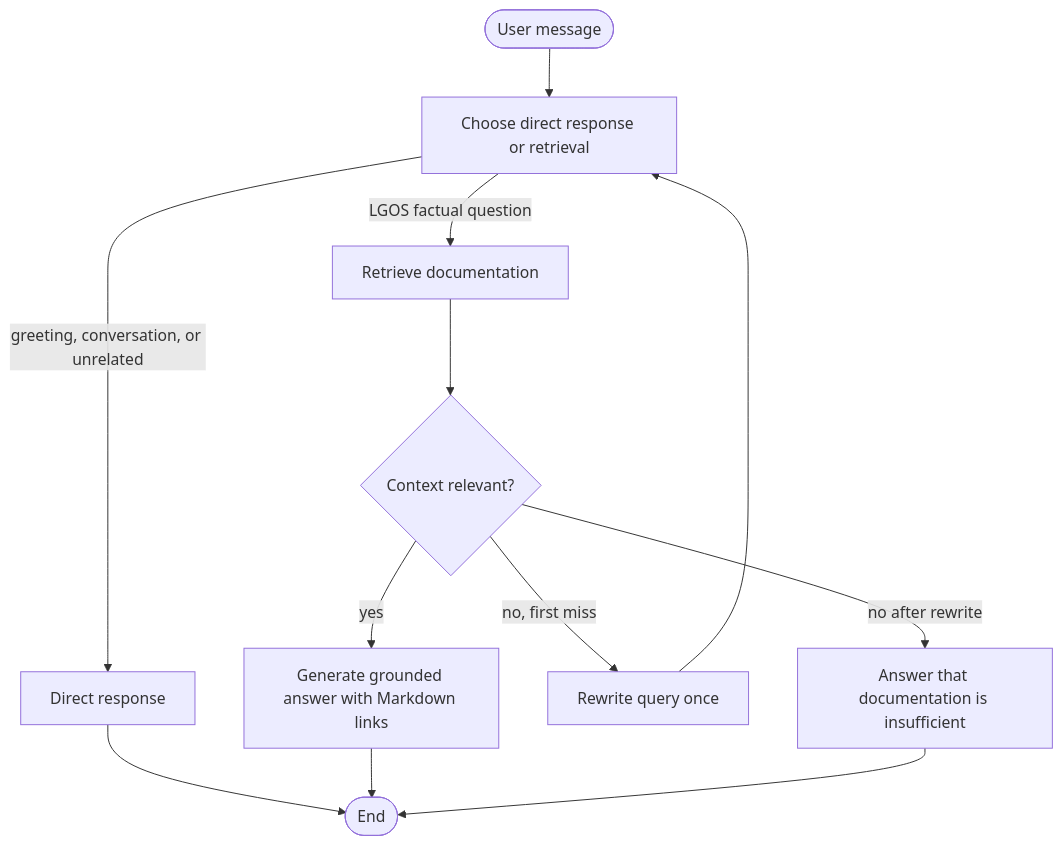
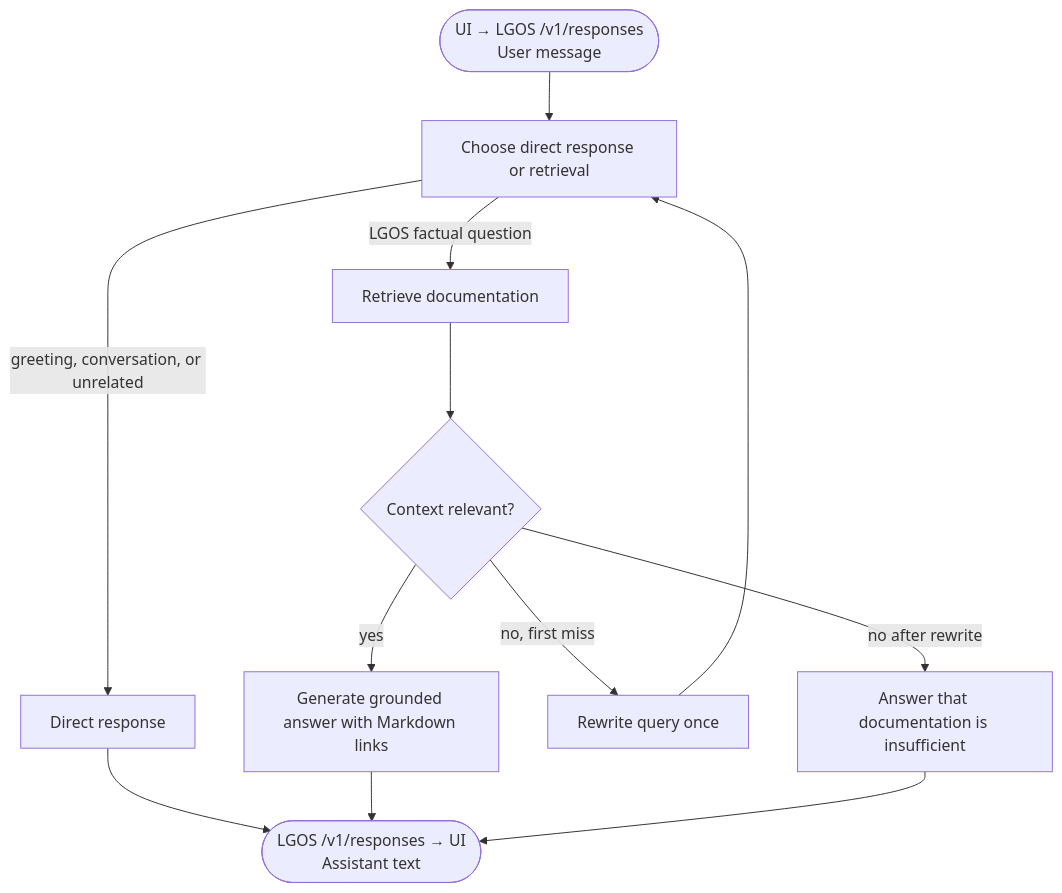
Before and after one commit to ilkersigirci/langgraph-openai-serve: the second of 2 diagrams in docs/demo/graphs/lgos-rag.md, drawn with Mermaid. The commit also changed other lines of this file and 8 other files, not shown here.

Commit message:
docs: demo graphs order made the same

````diff
--- a/docs/demo/graphs/lgos-rag.md
+++ b/docs/demo/graphs/lgos-rag.md
@@ -25,15 +25,15 @@
 ```mermaid
 flowchart TD
-  start([User message]) --> decide["Choose direct response or retrieval"]
+  start(["UI → LGOS /v1/responses<br/>User message"]) --> decide["Choose direct response or retrieval"]
   decide -->|"greeting, conversation, or unrelated"| direct["Direct response"]
-  direct --> done([End])
+  direct --> response(["LGOS /v1/responses → UI<br/>Assistant text"])
 
   decide -->|"LGOS factual question"| retrieve["Retrieve documentation"]
   retrieve --> grade{"Context relevant?"}
   grade -->|"yes"| answer["Generate grounded answer with Markdown links"]
-  answer --> done
+  answer --> response
   grade -->|"no, first miss"| rewrite["Rewrite query once"]
   rewrite --> decide
   grade -->|"no after rewrite"| no_results["Answer that documentation is insufficient"]
-  no_results --> done
+  no_results --> response
 ```
````
